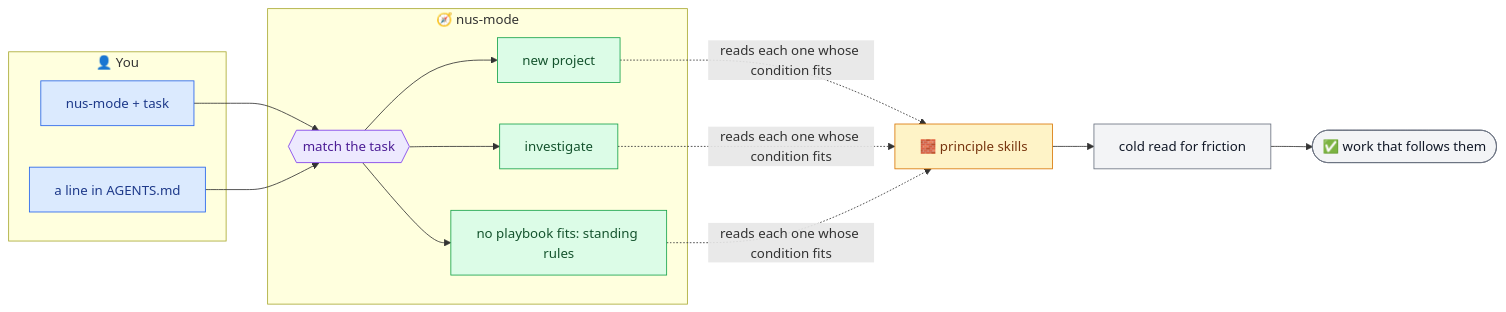
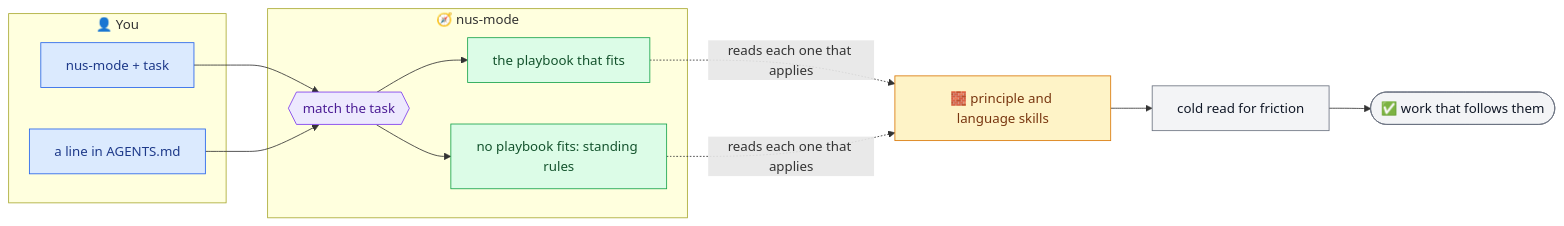
Before and after one commit to Nusnus/nustack: the first of 2 diagrams in README.md, drawn with Mermaid. The commit also changed other lines of this file and 223 other files, not shown here.

````diff
--- a/README.md
+++ b/README.md
@@ -26,23 +27,22 @@
 ```mermaid
 flowchart LR
   subgraph you["👤 You"]
     cmd["nus-mode + task"]:::entry
     line["a line in AGENTS.md"]:::entry
   end
   subgraph mode["🧭 nus-mode"]
     router{{"match the task"}}:::router
-    new["new project"]:::playbook
-    inv["investigate"]:::playbook
+    pb["the playbook that fits"]:::playbook
     nofit["no playbook fits: standing rules"]:::playbook
   end
   cmd --> router
   line --> router
-  router --> new & inv & nofit
-  new & inv & nofit -.->|"reads each one whose condition fits"| principles["🧱 principle skills"]:::principle
+  router --> pb & nofit
+  pb & nofit -.->|"reads each one that applies"| principles["🧱 principle and language skills"]:::principle
   principles --> cold["cold read for friction"]:::goal --> result(["✅ work that follows them"]):::goal
   classDef entry fill:#dbeafe,stroke:#2563eb,color:#1e3a8a
   classDef router fill:#ede9fe,stroke:#7c3aed,color:#4c1d95
   classDef playbook fill:#dcfce7,stroke:#16a34a,color:#14532d
   classDef principle fill:#fef3c7,stroke:#d97706,color:#78350f
   classDef goal fill:#f3f4f6,stroke:#6b7280,color:#111827
 ```
````
